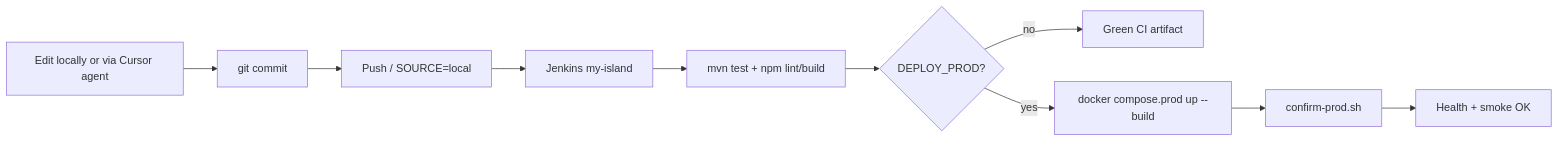
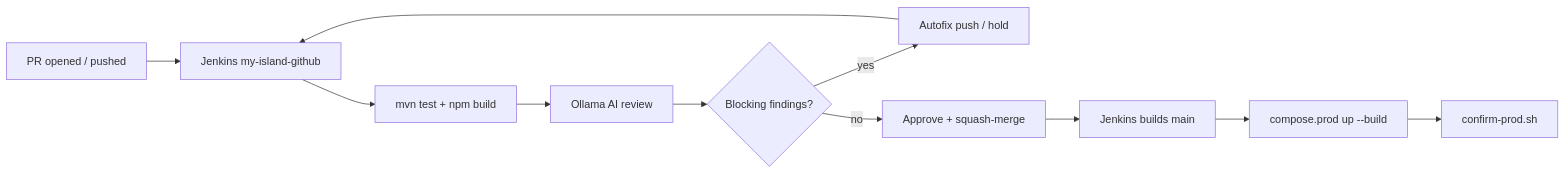
Before and after one commit to tezball/my-island: the diagram in docs/automation/CURRENT_FLOW.md, drawn with Mermaid. The commit also changed other lines of this file and 21 other files, not shown here.

First line of the commit message:
feat: auto-review, autofix, merge, and deploy GitHub PRs via Jenkins (#3)

````diff
--- a/docs/automation/CURRENT_FLOW.md
+++ b/docs/automation/CURRENT_FLOW.md
@@ -77,12 +79,13 @@
 ```mermaid
 flowchart LR
-  A[Edit locally or via Cursor agent] --> B[git commit]
-  B --> C[Push / SOURCE=local]
-  C --> D[Jenkins my-island]
-  D --> E[mvn test + npm lint/build]
-  E --> F{DEPLOY_PROD?}
-  F -->|no| G[Green CI artifact]
-  F -->|yes| H[docker compose.prod up --build]
-  H --> I[confirm-prod.sh]
-  I --> J[Health + smoke OK]
+  A[PR opened / pushed] --> B[Jenkins my-island-github]
+  B --> C[mvn test + npm build]
+  C --> D[Ollama AI review]
+  D --> E{Blocking findings?}
+  E -->|yes| F[Autofix push / hold]
+  F --> B
+  E -->|no| G[Approve + squash-merge]
+  G --> H[Jenkins builds main]
+  H --> I[compose.prod up --build]
+  I --> J[confirm-prod.sh]
 ```
````
